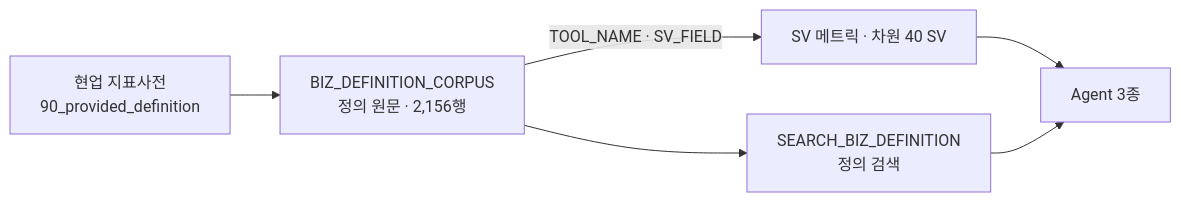
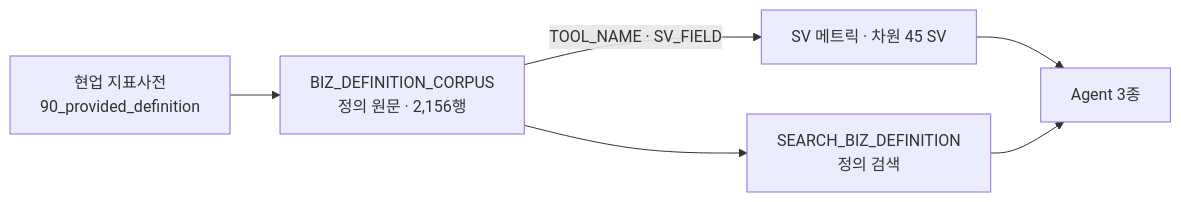
The diagram in 85_실제 인수인계 문서/20_정식산출물/D01_요구사항_지표정의서.md (cih0802/snowflake_files), drawn with Mermaid before and after one commit. The commit also changed other lines of this file and 157 other files, not shown here.

````diff
--- a/85_실제 인수인계 문서/20_정식산출물/D01_요구사항_지표정의서.md
+++ b/85_실제 인수인계 문서/20_정식산출물/D01_요구사항_지표정의서.md
@@ -66,8 +68,8 @@
 ```mermaid
 graph LR
   R[현업 지표사전<br/>90_provided_definition] --> C[BIZ_DEFINITION_CORPUS<br/>정의 원문 · 2,156행]
   C --> S[SEARCH_BIZ_DEFINITION<br/>정의 검색]
-  C -->|TOOL_NAME · SV_FIELD| SV[SV 메트릭 · 차원 40 SV]
+  C -->|TOOL_NAME · SV_FIELD| SV[SV 메트릭 · 차원 45 SV]
   SV --> A[Agent 3종]
   S --> A
 ```
````
